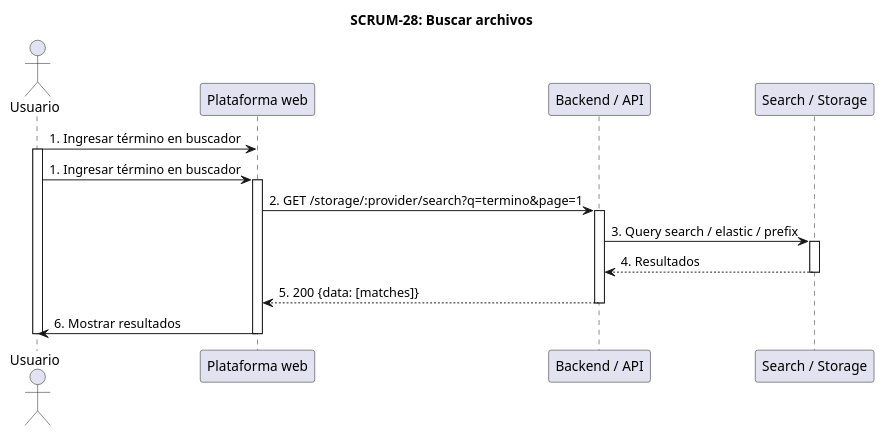
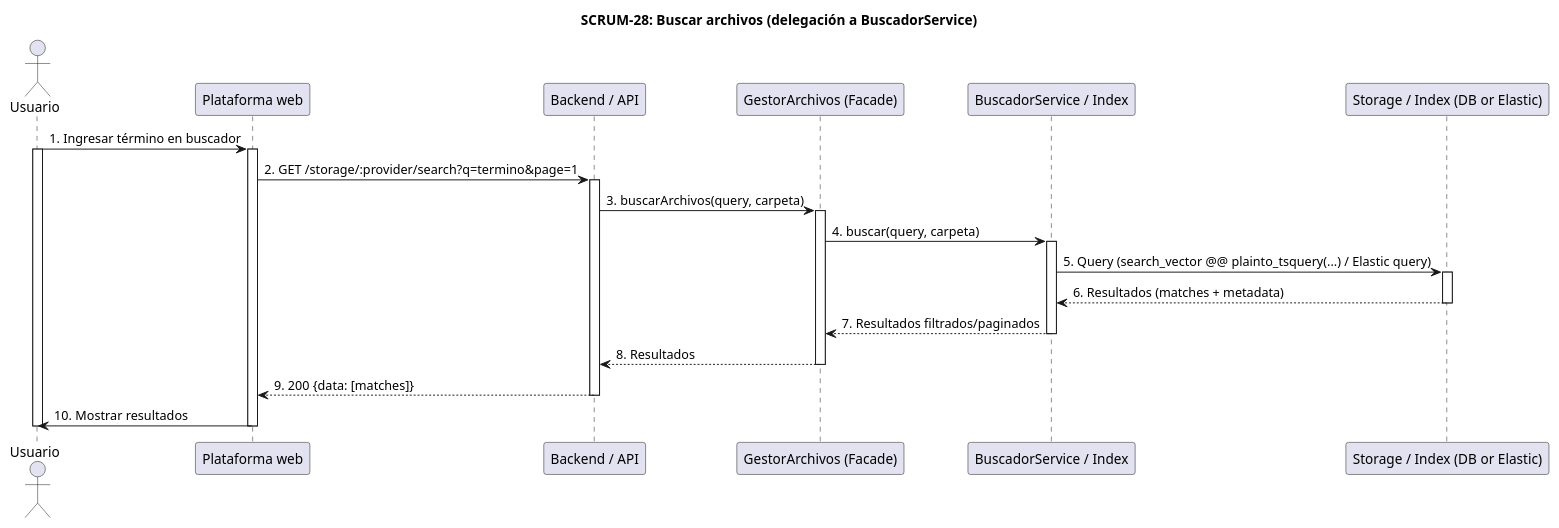
One commit to IraPues890/SW2_SISTEMA_DE_ALMACENAMIENTO changed the diagram in diagrams/sequence/SCRUM-28_buscar_archivos.puml. Above: the diagram before and after it, drawn with PlantUML. The commit also changed 8 other files, not shown here.

First line of the commit message:
diagramas de secuencia y cambio en bd y clases.

```diff
--- a/diagrams/sequence/SCRUM-28_buscar_archivos.puml
+++ b/diagrams/sequence/SCRUM-28_buscar_archivos.puml
@@ -1,24 +1,33 @@
 @startuml SCRUM-28_BuscarArchivos
-title SCRUM-28: Buscar archivos
+title SCRUM-28: Buscar archivos (delegación a BuscadorService)
 
 actor Usuario
 participant "Plataforma web" as Frontend
 participant "Backend / API" as Backend
-participant "Search / Storage" as Storage
+participant "GestorArchivos (Facade)" as Gestor
+participant "BuscadorService / Index" as Buscador
+participant "Storage / Index (DB or Elastic)" as Storage
 
 Usuario -> Frontend: 1. Ingresar término en buscador
 activate Usuario
-Usuario -> Frontend: 1. Ingresar término en buscador
 activate Frontend
 Frontend -> Backend: 2. GET /storage/:provider/search?q=termino&page=1
 activate Backend
-Backend -> Storage: 3. Query search / elastic / prefix
+Backend -> Gestor: 3. buscarArchivos(query, carpeta)
+activate Gestor
+Gestor -> Buscador: 4. buscar(query, carpeta)
+activate Buscador
+Buscador -> Storage: 5. Query (search_vector @@ plainto_tsquery(...) / Elastic query)
 activate Storage
-Storage --> Backend: 4. Resultados
+Storage --> Buscador: 6. Resultados (matches + metadata)
 deactivate Storage
-Backend --> Frontend: 5. 200 {data: [matches]}
+Buscador --> Gestor: 7. Resultados filtrados/paginados
+deactivate Buscador
+Gestor --> Backend: 8. Resultados
+deactivate Gestor
+Backend --> Frontend: 9. 200 {data: [matches]}
 deactivate Backend
-Frontend -> Usuario: 6. Mostrar resultados
+Frontend -> Usuario: 10. Mostrar resultados
 deactivate Frontend
 deactivate Usuario
 @enduml
```
